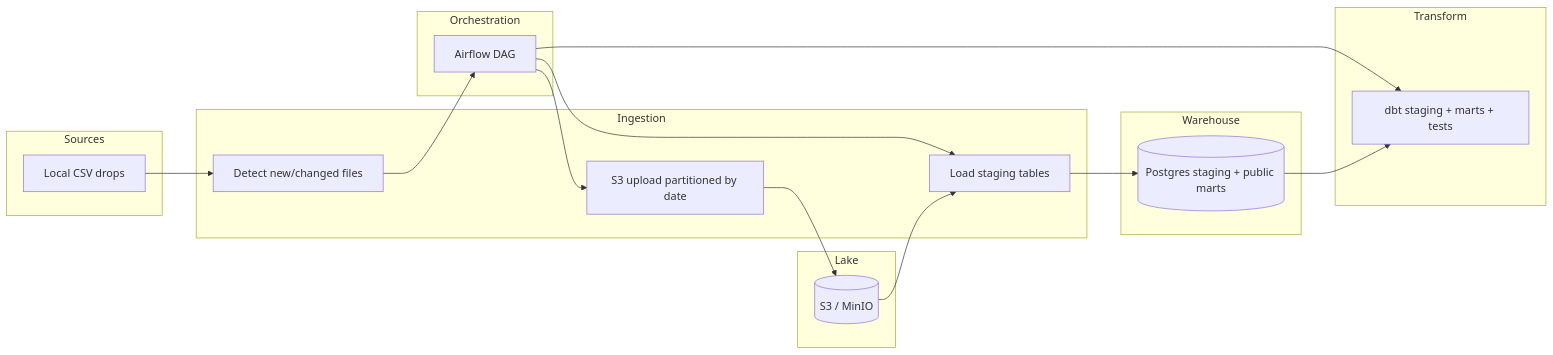
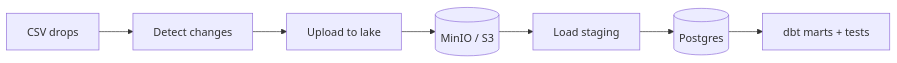
The diagram in README.md (mrkchoe/wearable-data-pipeline), drawn with Mermaid before and after one commit. The commit also changed other lines of this file and 1 other file, not shown here.

````diff
--- a/README.md
+++ b/README.md
@@ -9,38 +20,9 @@
 ```mermaid
 flowchart LR
-  subgraph sources [Sources]
-    CSV[Local CSV drops]
-  end
-
-  subgraph ingest [Ingestion]
-    DET[Detect new/changed files]
-    UP[S3 upload partitioned by date]
-    LD[Load staging tables]
-  end
-
-  subgraph lake [Lake]
-    S3[(S3 / MinIO)]
-  end
-
-  subgraph wh [Warehouse]
-    PG[(Postgres staging + public marts)]
-  end
-
-  subgraph transform [Transform]
-    DBT[dbt staging + marts + tests]
-  end
-
-  subgraph orch [Orchestration]
-    AFairflow[Airflow DAG]
-  end
-
-  CSV --> DET
-  DET --> AFairflow
-  AFairflow --> UP
-  UP --> S3
-  AFairflow --> LD
-  S3 --> LD
-  LD --> PG
-  AFairflow --> DBT
-  PG --> DBT
+  CSV[CSV drops] --> DET[Detect changes]
+  DET --> UP[Upload to lake]
+  UP --> S3[(MinIO / S3)]
+  S3 --> LD[Load staging]
+  LD --> PG[(Postgres)]
+  PG --> DBT[dbt marts + tests]
 ```
````
